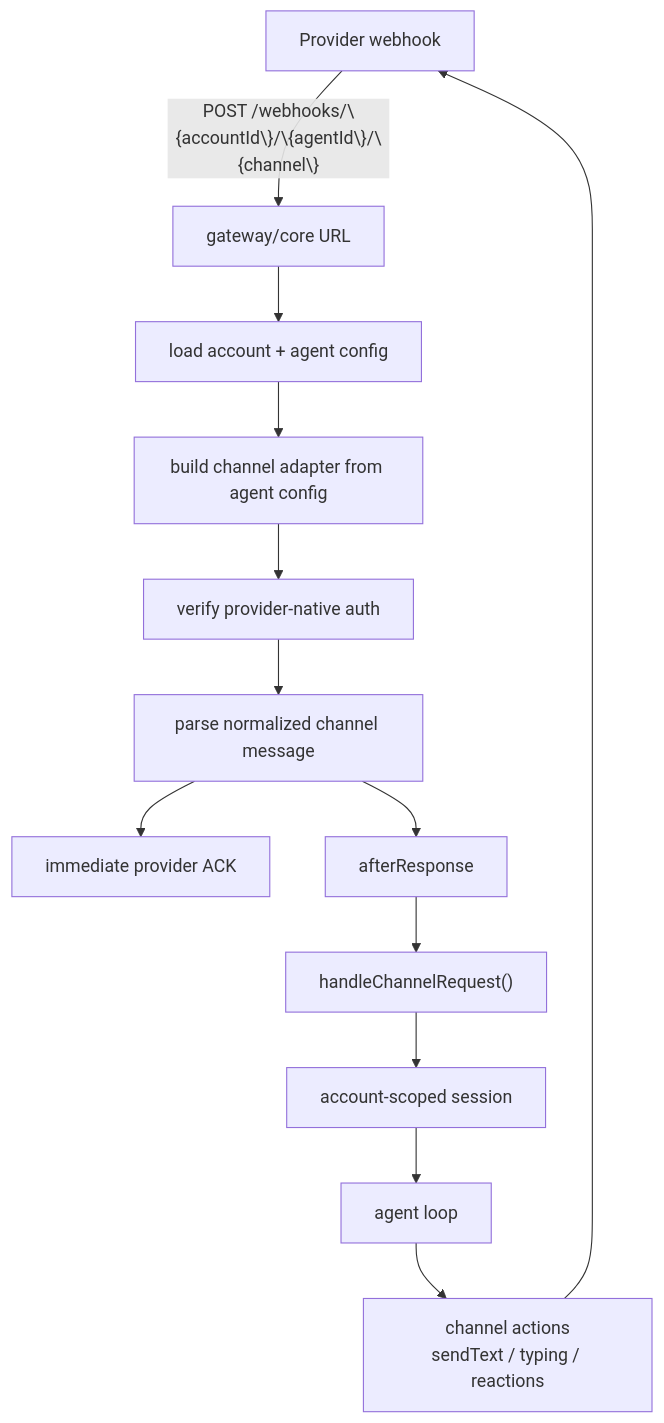
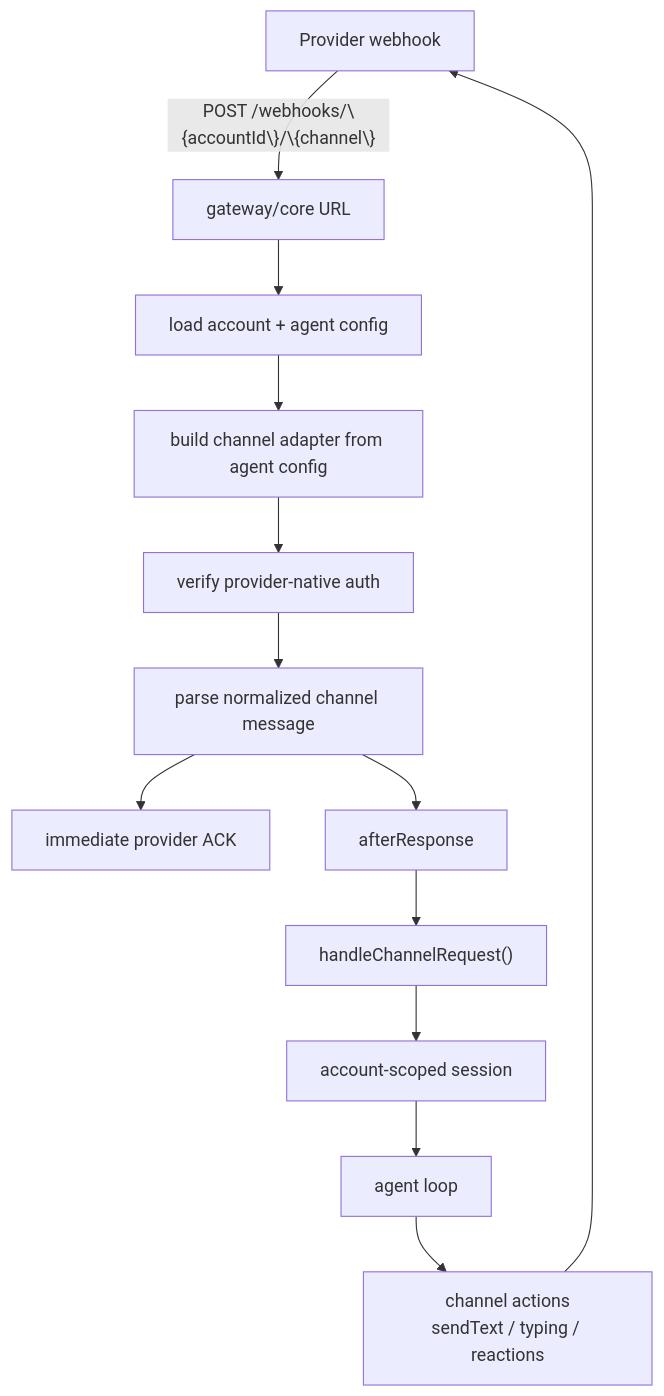
Before and after one commit to beeblastco/broods: the ninth of 12 diagrams in apps/docs/docs/architecture.md, drawn with Mermaid. The commit also changed other lines of this file and 22 other files, not shown here.

````diff
--- a/apps/docs/docs/architecture.md
+++ b/apps/docs/docs/architecture.md
@@ -240,15 +240,15 @@
 ```mermaid
 flowchart TD
-  Provider["Provider webhook"] -->|"POST /webhooks/\{accountId\}/\{agentId\}/\{channel\}"| Url["gateway/core URL"]
+  Provider["Provider webhook"] -->|"POST /webhooks/\{accountId\}/\{channel\}"| Url["gateway/core URL"]
   Url --> Load["load account + agent config"]
   Load --> Adapter["build channel adapter from agent config"]
   Adapter --> Auth["verify provider-native auth"]
   Auth --> Parse["parse normalized channel message"]
   Parse --> Ack["immediate provider ACK"]
   Parse --> After["afterResponse"]
   After --> Handler["handleChannelRequest()"]
   Handler --> Session["account-scoped session"]
   Session --> Agent["agent loop"]
   Agent --> Reply["channel actions<br/>sendText / typing / reactions"]
   Reply --> Provider
 ```
````
